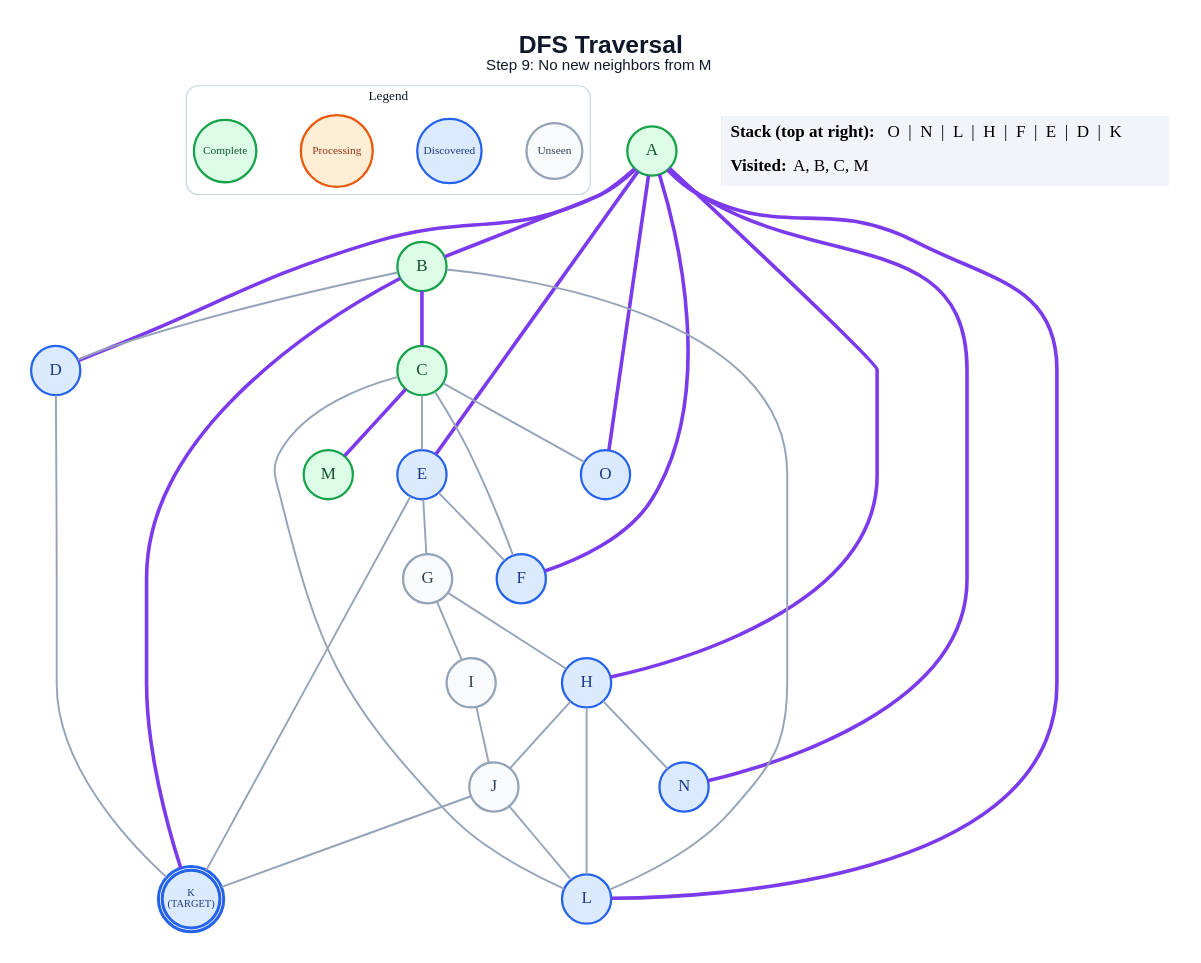
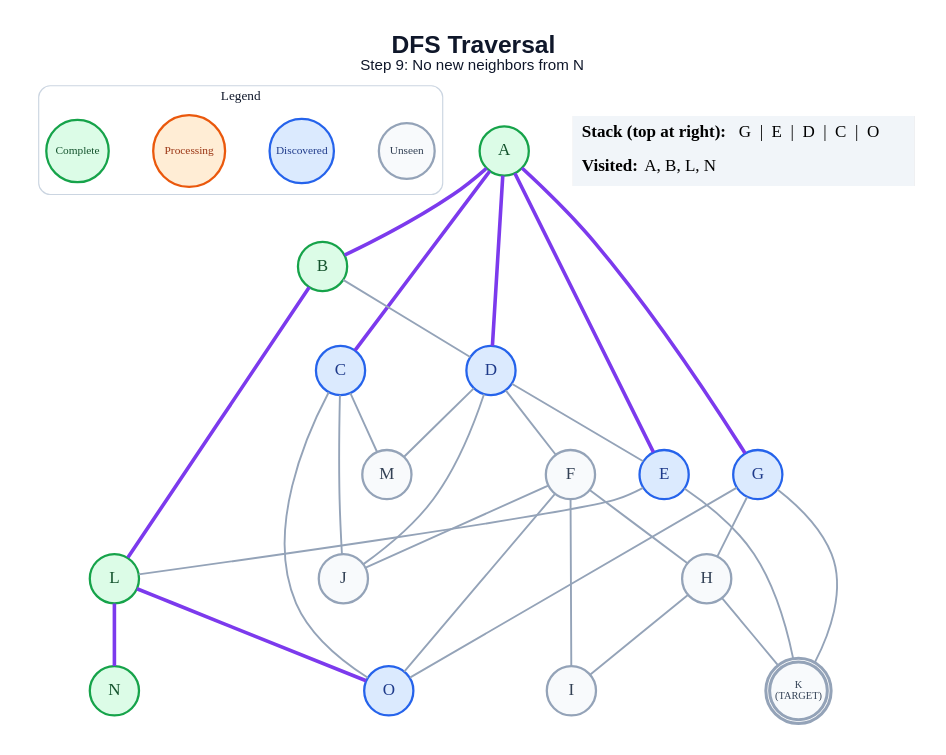
The diagram in generated/specific-node/dfs/step_09.dot (anon7238593-create/ai-slop), drawn with Graphviz before and after one commit. The commit also changed 238 other files, not shown here.

```diff
--- a/generated/specific-node/dfs/step_09.dot
+++ b/generated/specific-node/dfs/step_09.dot
@@ -1,63 +1,61 @@
 graph traversal {
   graph [layout=dot, rankdir=TB, bgcolor="#FFFFFF", pad="0.35", nodesep="0.65", ranksep="0.8", fontname="Arial"];
   node [shape=circle, style="filled", fontname="Arial Bold", fontsize=18, width=0.72, fixedsize=true, penwidth=2.4];
   edge [color="#94A3B8", penwidth=2.0];
-  label=<<B>DFS Traversal</B><BR/><FONT POINT-SIZE="16">Step 9: No new neighbors from M</FONT>>; labelloc="t"; fontsize=26; fontname="Arial"; fontcolor="#0F172A";
+  label=<<B>DFS Traversal</B><BR/><FONT POINT-SIZE="16">Step 9: No new neighbors from N</FONT>>; labelloc="t"; fontsize=26; fontname="Arial"; fontcolor="#0F172A";
   subgraph cluster_legend { label="Legend"; color="#CBD5E1"; penwidth=1.2; style="rounded"; fontsize=14; fontname="Arial Bold";
     key_unseen [label="Unseen", fillcolor="#F8FAFC", color="#94A3B8", fontcolor="#334155", fontsize=12, width=0.82];
     key_frontier [label="Discovered", fillcolor="#DBEAFE", color="#2563EB", fontcolor="#1E3A8A", fontsize=12, width=0.95];
     key_current [label="Processing", fillcolor="#FFEDD5", color="#EA580C", fontcolor="#9A3412", fontsize=12, width=1.05];
     key_done [label="Complete", fillcolor="#DCFCE7", color="#16A34A", fontcolor="#14532D", fontsize=12, width=0.92];
     { rank=same; key_unseen; key_frontier; key_current; key_done; }
   }
   A [label="A", fillcolor="#DCFCE7", color="#16A34A", fontcolor="#14532D", peripheries=1, penwidth=2.4];
   B [label="B", fillcolor="#DCFCE7", color="#16A34A", fontcolor="#14532D", peripheries=1, penwidth=2.4];
-  C [label="C", fillcolor="#DCFCE7", color="#16A34A", fontcolor="#14532D", peripheries=1, penwidth=2.4];
+  C [label="C", fillcolor="#DBEAFE", color="#2563EB", fontcolor="#1E3A8A", peripheries=1, penwidth=2.4];
   D [label="D", fillcolor="#DBEAFE", color="#2563EB", fontcolor="#1E3A8A", peripheries=1, penwidth=2.4];
   E [label="E", fillcolor="#DBEAFE", color="#2563EB", fontcolor="#1E3A8A", peripheries=1, penwidth=2.4];
-  F [label="F", fillcolor="#DBEAFE", color="#2563EB", fontcolor="#1E3A8A", peripheries=1, penwidth=2.4];
-  G [label="G", fillcolor="#F8FAFC", color="#94A3B8", fontcolor="#334155", peripheries=1, penwidth=2.4];
-  H [label="H", fillcolor="#DBEAFE", color="#2563EB", fontcolor="#1E3A8A", peripheries=1, penwidth=2.4];
+  F [label="F", fillcolor="#F8FAFC", color="#94A3B8", fontcolor="#334155", peripheries=1, penwidth=2.4];
+  G [label="G", fillcolor="#DBEAFE", color="#2563EB", fontcolor="#1E3A8A", peripheries=1, penwidth=2.4];
+  H [label="H", fillcolor="#F8FAFC", color="#94A3B8", fontcolor="#334155", peripheries=1, penwidth=2.4];
   I [label="I", fillcolor="#F8FAFC", color="#94A3B8", fontcolor="#334155", peripheries=1, penwidth=2.4];
   J [label="J", fillcolor="#F8FAFC", color="#94A3B8", fontcolor="#334155", peripheries=1, penwidth=2.4];
-  K [label="K\n(TARGET)", fillcolor="#DBEAFE", color="#2563EB", fontcolor="#1E3A8A", peripheries=2, penwidth=3.2, fontsize=11, width=0.85, height=0.85];
-  L [label="L", fillcolor="#DBEAFE", color="#2563EB", fontcolor="#1E3A8A", peripheries=1, penwidth=2.4];
-  M [label="M", fillcolor="#DCFCE7", color="#16A34A", fontcolor="#14532D", peripheries=1, penwidth=2.4];
-  N [label="N", fillcolor="#DBEAFE", color="#2563EB", fontcolor="#1E3A8A", peripheries=1, penwidth=2.4];
+  K [label="K\n(TARGET)", fillcolor="#F8FAFC", color="#94A3B8", fontcolor="#334155", peripheries=2, penwidth=3.2, fontsize=11, width=0.85, height=0.85];
+  L [label="L", fillcolor="#DCFCE7", color="#16A34A", fontcolor="#14532D", peripheries=1, penwidth=2.4];
+  M [label="M", fillcolor="#F8FAFC", color="#94A3B8", fontcolor="#334155", peripheries=1, penwidth=2.4];
+  N [label="N", fillcolor="#DCFCE7", color="#16A34A", fontcolor="#14532D", peripheries=1, penwidth=2.4];
   O [label="O", fillcolor="#DBEAFE", color="#2563EB", fontcolor="#1E3A8A", peripheries=1, penwidth=2.4];
   A -- B [color="#7C3AED", penwidth=3.8];
+  A -- C [color="#7C3AED", penwidth=3.8];
   A -- D [color="#7C3AED", penwidth=3.8];
   A -- E [color="#7C3AED", penwidth=3.8];
-  A -- F [color="#7C3AED", penwidth=3.8];
-  A -- H [color="#7C3AED", penwidth=3.8];
-  A -- L [color="#7C3AED", penwidth=3.8];
-  A -- N [color="#7C3AED", penwidth=3.8];
-  A -- O [color="#7C3AED", penwidth=3.8];
-  B -- C [color="#7C3AED", penwidth=3.8];
+  A -- G [color="#7C3AED", penwidth=3.8];
   B -- D;
-  B -- K [color="#7C3AED", penwidth=3.8];
-  B -- L;
-  C -- E;
-  C -- F;
-  C -- L;
-  C -- M [color="#7C3AED", penwidth=3.8];
+  B -- L [color="#7C3AED", penwidth=3.8];
+  C -- J;
+  C -- M;
   C -- O;
-  D -- K;
-  E -- F;
-  E -- G;
+  D -- E;
+  D -- F;
+  D -- J;
+  D -- M;
   E -- K;
+  E -- L;
+  F -- H;
+  F -- I;
+  F -- J;
+  F -- O;
   G -- H;
-  G -- I;
-  H -- J;
-  H -- L;
-  H -- N;
-  I -- J;
-  J -- K;
-  J -- L;
+  G -- K;
+  G -- O;
+  H -- I;
+  H -- K;
+  L -- N [color="#7C3AED", penwidth=3.8];
+  L -- O [color="#7C3AED", penwidth=3.8];
   status [shape=plain, fixedsize=false, width=0, height=0, margin=0, label=<
     <TABLE BORDER="0" CELLBORDER="0" CELLPADDING="7" BGCOLOR="#F1F5F9">
-      <TR><TD ALIGN="LEFT"><B>Stack (top at right):</B> O  |  N  |  L  |  H  |  F  |  E  |  D  |  K</TD></TR>
-      <TR><TD ALIGN="LEFT"><B>Visited:</B> A, B, C, M</TD></TR>
+      <TR><TD ALIGN="LEFT"><B>Stack (top at right):</B> G  |  E  |  D  |  C  |  O</TD></TR>
+      <TR><TD ALIGN="LEFT"><B>Visited:</B> A, B, L, N</TD></TR>
     </TABLE>
   >];
 }
```
